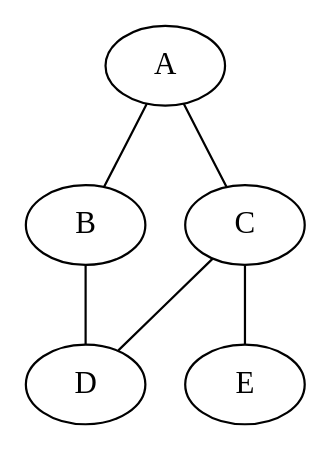
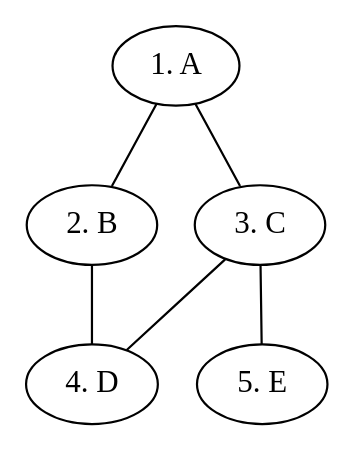
One commit to DhruvDh/itsc-2214-readings changed diagram 20 of 24 in 21_graphs.qmd. Above: the diagram before and after it, drawn with Graphviz. The commit also changed other lines of this file and 18 other files, not shown here.

Commit message:
improved graphs chapter

````diff
--- a/21_graphs.qmd
+++ b/21_graphs.qmd
@@ -365,11 +418,16 @@
 ```{dot}
 //| label: fig-bfs-example
-//| fig-cap: Example graph for BFS traversal.
+//| fig-cap: An example graph for BFS traversal. The numbers represent the order in which the vertices are visited.
 graph G {
+  A [label="1. A"];
+  B [label="2. B"];
+  C [label="3. C"];
+  D [label="4. D"];
+  E [label="5. E"];
   A -- B;
   A -- C;
   B -- D;
   C -- D;
   C -- E;
 }
 ```
````
